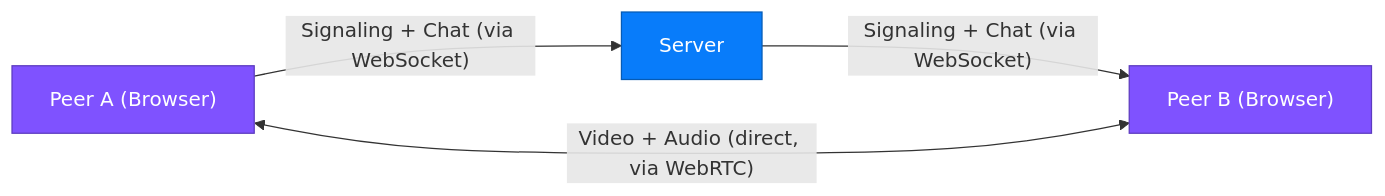
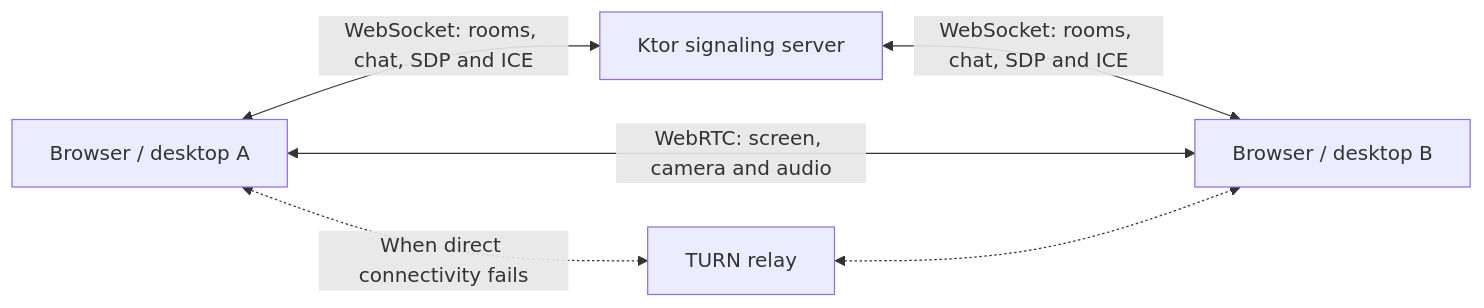
One commit to RafaelrainBR/screenshare-kotlin-js changed the diagram in README.md. Above: the diagram before and after it, drawn with Mermaid. The commit also changed other lines of this file and 13 other files, not shown here.

````diff
--- a/README.md
+++ b/README.md
@@ -64,10 +89,8 @@
 ```mermaid
 flowchart LR
-    A["Peer A (Browser)"] -- "Signaling + Chat (via WebSocket)" --> S["Server"]
-    S -- "Signaling + Chat (via WebSocket)" --> B["Peer B (Browser)"]
-    A <-- "Video + Audio (direct, via WebRTC)" --> B
-
-    style S fill:#087cfa,color:#fff,stroke:#065bb5
-    style A fill:#7f52ff,color:#fff,stroke:#5c3bbf
-    style B fill:#7f52ff,color:#fff,stroke:#5c3bbf
+    A["Browser / desktop A"] <-->|"WebSocket: rooms, chat, SDP and ICE"| S["Ktor signaling server"]
+    S <-->|"WebSocket: rooms, chat, SDP and ICE"| B["Browser / desktop B"]
+    A <-->|"WebRTC: screen, camera and audio"| B
+    A <-.->|"When direct connectivity fails"| T["TURN relay"]
+    T <-.-> B
 ```
````
